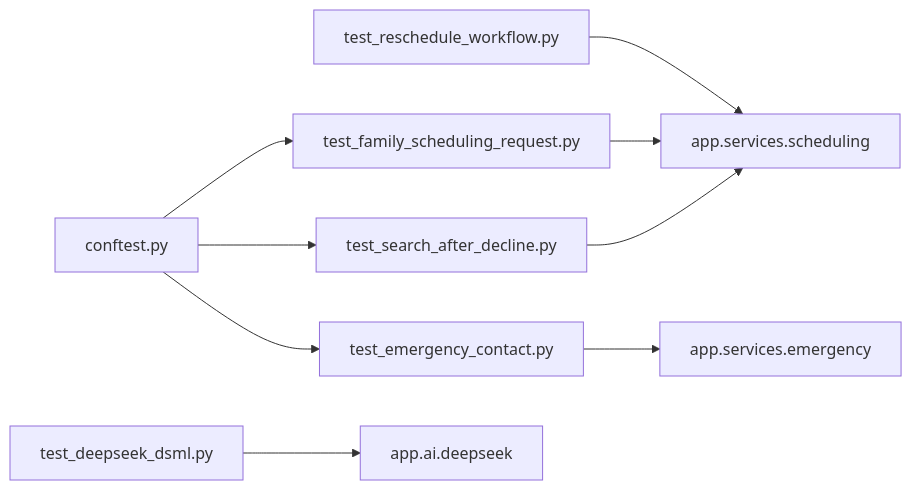
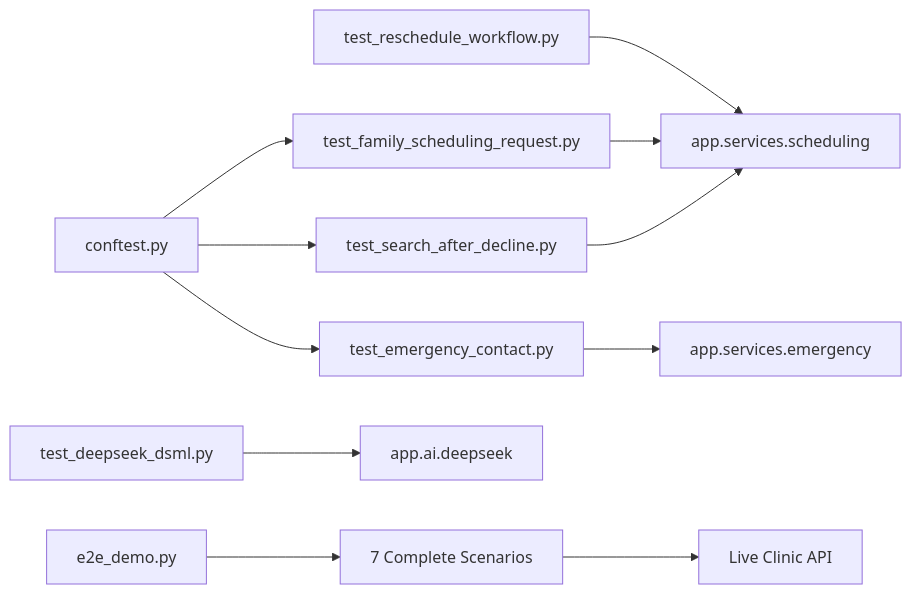
Before and after one commit to gokulkaarthicks/dental-chatbot: diagram 11 of 11 in .qoder/repowiki/en/content/Testing Strategy.md, drawn with Mermaid. The commit also changed other lines of this file and 280 other files, not shown here.

````diff
--- a/.qoder/repowiki/en/content/Testing Strategy.md
+++ b/.qoder/repowiki/en/content/Testing Strategy.md
@@ -493,11 +516,13 @@
 ```mermaid
 graph LR
 Conftest["conftest.py"] --> SearchDecline["test_search_after_decline.py"]
 Conftest --> Family["test_family_scheduling_request.py"]
 Conftest --> Emergency["test_emergency_contact.py"]
 Reschedule["test_reschedule_workflow.py"] --> Scheduling["app.services.scheduling"]
 Family --> Scheduling
 SearchDecline --> Scheduling
 Emergency --> EmergencySvc["app.services.emergency"]
 DeepSeek["test_deepseek_dsml.py"] --> DeepSeekClient["app.ai.deepseek"]
+E2EDemo["e2e_demo.py"] --> AllScenarios["7 Complete Scenarios"]
+AllScenarios --> API["Live Clinic API"]
 ```
````
